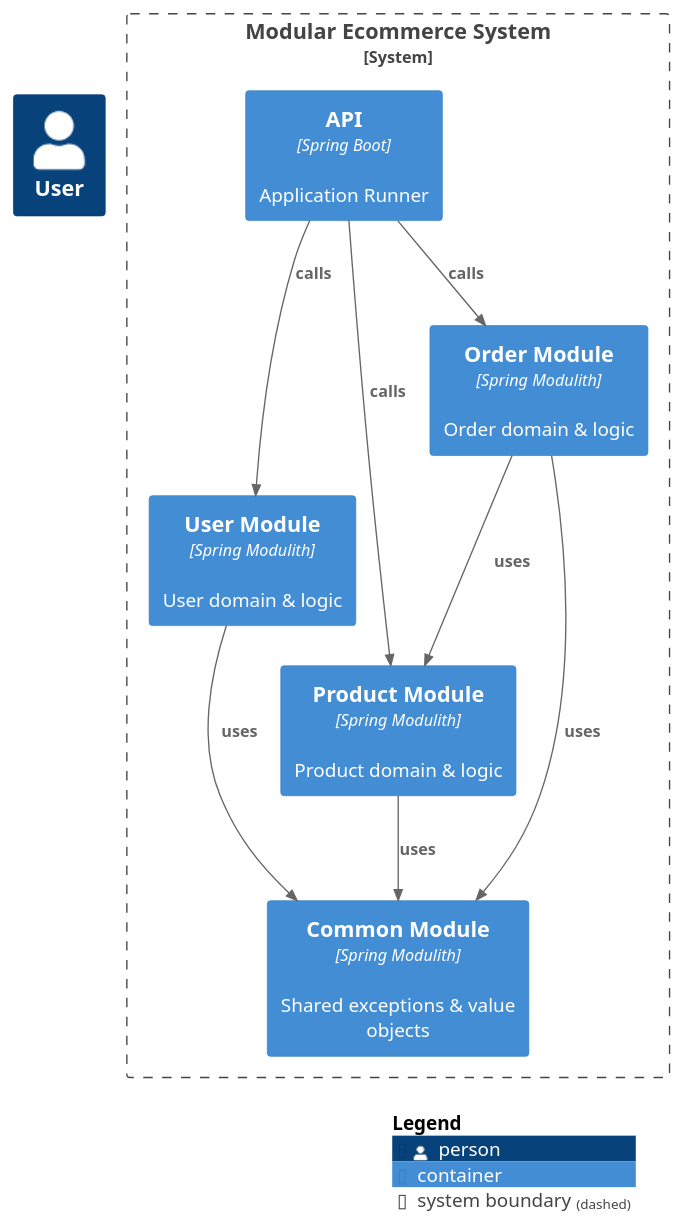
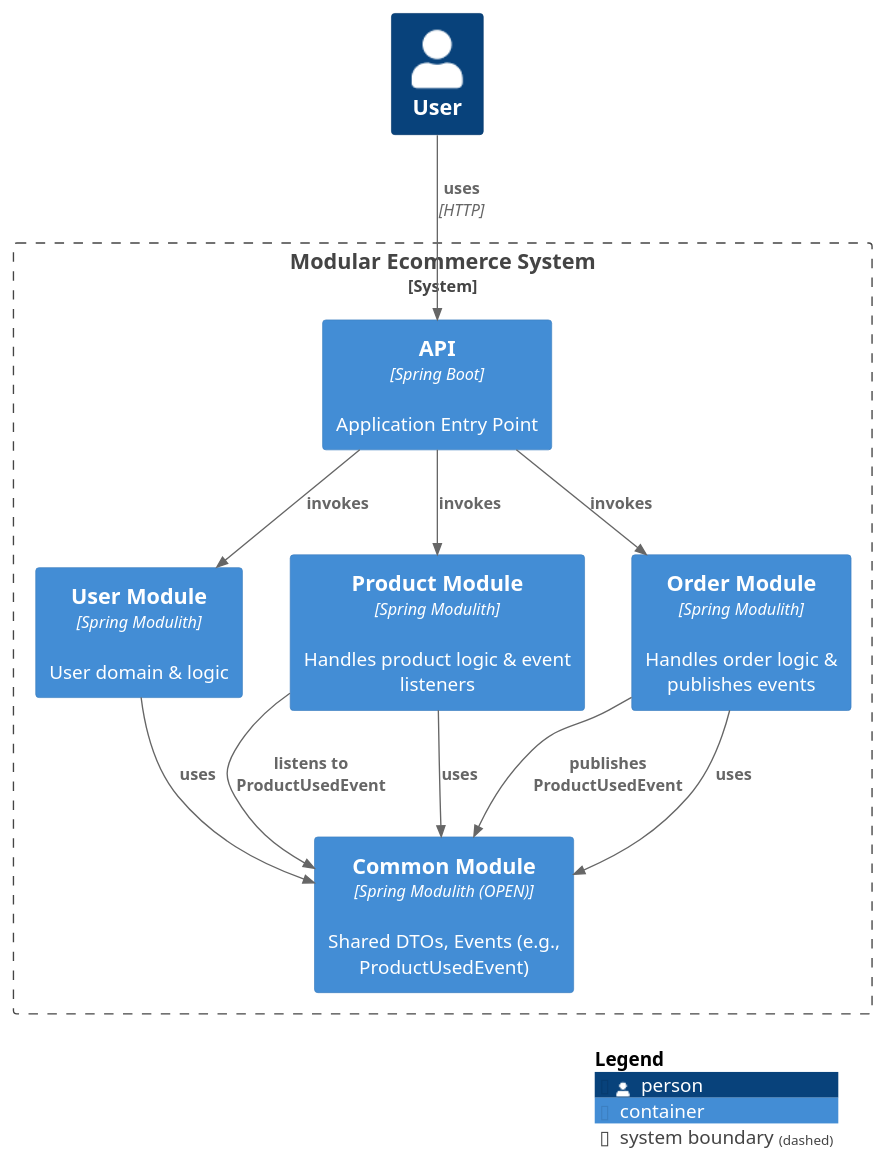
One commit to JangDaeHyeok/springboot-modular-ecommerce changed the diagram in custom-components.puml. Above: the diagram before and after it, drawn with PlantUML. The commit also changed 9 other files, not shown here.

```diff
--- a/custom-components.puml
+++ b/custom-components.puml
@@ -1,23 +1,27 @@
 @startuml(id=modularEcommerceContainers)
 !include <C4/C4_Container>
 
 Person(user, "User")
 
 System_Boundary(ecommerceSystem, "Modular Ecommerce System") {
-    Container(api, "API", "Spring Boot", "Application Runner")
+    Container(api, "API", "Spring Boot", "Application Entry Point")
     Container(userModule, "User Module", "Spring Modulith", "User domain & logic")
-    Container(product, "Product Module", "Spring Modulith", "Product domain & logic")
-    Container(order, "Order Module", "Spring Modulith", "Order domain & logic")
-    Container(common, "Common Module", "Spring Modulith", "Shared exceptions & value objects")
+    Container(product, "Product Module", "Spring Modulith", "Handles product logic & event listeners")
+    Container(order, "Order Module", "Spring Modulith", "Handles order logic & publishes events")
+    Container(common, "Common Module", "Spring Modulith (OPEN)", "Shared DTOs, Events (e.g., ProductUsedEvent)")
 }
 
-Rel(api, userModule, "calls")
-Rel(api, product, "calls")
-Rel(api, order, "calls")
-Rel(order, product, "uses")
+Rel(user, api, "uses", "HTTP")
+Rel(api, userModule, "invokes")
+Rel(api, product, "invokes")
+Rel(api, order, "invokes")
+
+Rel(order, common, "publishes ProductUsedEvent")
+Rel(product, common, "listens to ProductUsedEvent")
+
 Rel(userModule, common, "uses")
 Rel(product, common, "uses")
 Rel(order, common, "uses")
 
 SHOW_LEGEND()
 @enduml
```
